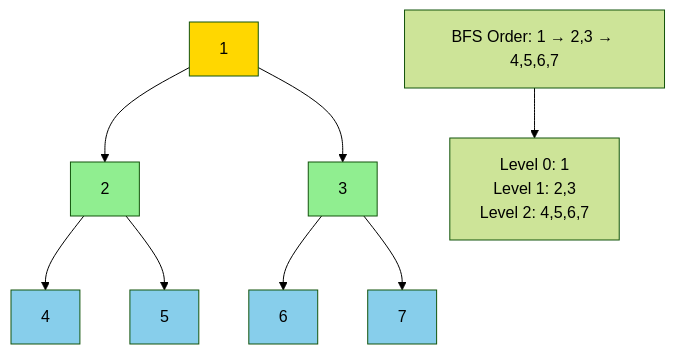
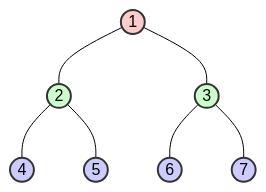
The diagram in 07-tree-bfs/README.md (ankushtagore/dsa-coding-patterns), drawn with Mermaid (forest theme) before and after one commit. The commit also changed other lines of this file and 2 other files, not shown here.

Commit message:
Content: Deep dives for Tree BFS & Tree DFS patterns

````diff
--- a/07-tree-bfs/README.md
+++ b/07-tree-bfs/README.md
@@ -58,19 +64,17 @@
 ```mermaid
 graph TD
-    A[1] --> B[2]
-    A --> C[3]
-    B --> D[4]
-    B --> E[5]
-    C --> F[6]
-    C --> G[7]
-    
-    H["BFS Order: 1 → 2,3 → 4,5,6,7"] --> I["Level 0: 1<br/>Level 1: 2,3<br/>Level 2: 4,5,6,7"]
-    
-    style A fill:#FFD700
-    style B fill:#90EE90
-    style C fill:#90EE90
-    style D fill:#87CEEB
-    style E fill:#87CEEB
-    style F fill:#87CEEB
-    style G fill:#87CEEB
+    A((1)) --- B((2))
+    A --- C((3))
+    B --- D((4))
+    B --- E((5))
+    C --- F((6))
+    C --- G((7))
+
+    style A fill:#ffcccc,stroke:#333,stroke-width:2px,color:#000
+    style B fill:#ccffcc,stroke:#333,stroke-width:2px,color:#000
+    style C fill:#ccffcc,stroke:#333,stroke-width:2px,color:#000
+    style D fill:#ccccff,stroke:#333,stroke-width:2px,color:#000
+    style E fill:#ccccff,stroke:#333,stroke-width:2px,color:#000
+    style F fill:#ccccff,stroke:#333,stroke-width:2px,color:#000
+    style G fill:#ccccff,stroke:#333,stroke-width:2px,color:#000
 ```
````
